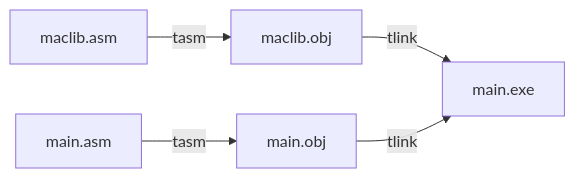
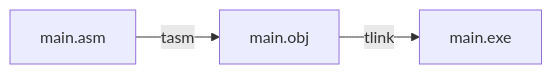
One commit to tudorcoroian17/ALP changed the first of 2 diagrams in Lab_08/README.md. Above: the diagram before and after it, drawn with Mermaid. The commit also changed other lines of this file, not shown here.

````diff
--- a/Lab_08/README.md
+++ b/Lab_08/README.md
@@ -39,6 +39,5 @@
 ```mermaid
 flowchart LR
-    A[maclib.asm] -- tasm --> B[maclib.obj]
     C[main.asm] -- tasm --> D[main.obj]
-    B & D -- tlink --> E[main.exe]
+    D -- tlink --> E[main.exe]
 ```
````
